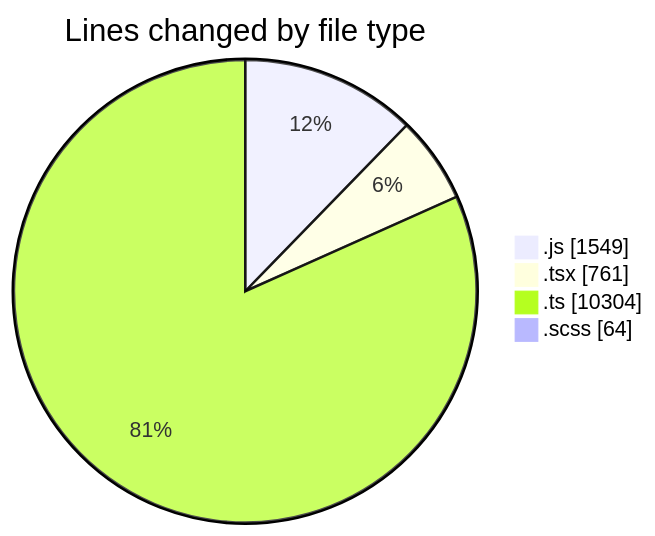
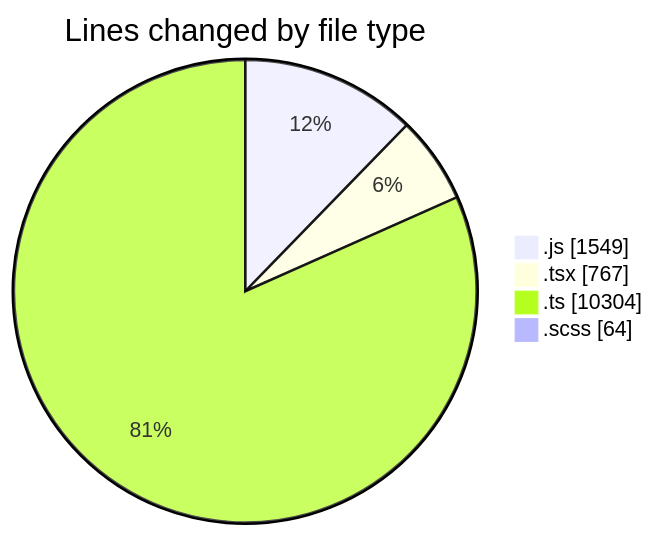
Before and after one commit to momahboobian/code-tracking: the first of 2 diagrams in 2025-03-13/cda/README.md, drawn with Mermaid. The commit also changed other lines of this file and 1 other file, not shown here.

````diff
--- a/2025-03-13/cda/README.md
+++ b/2025-03-13/cda/README.md
@@ -33,8 +33,8 @@
 ```mermaid
 pie showData
 title Lines changed by file type
 ".js" : 1549
-".tsx" : 761
+".tsx" : 767
 ".ts" : 10304
 ".scss" : 64
 ```
````
